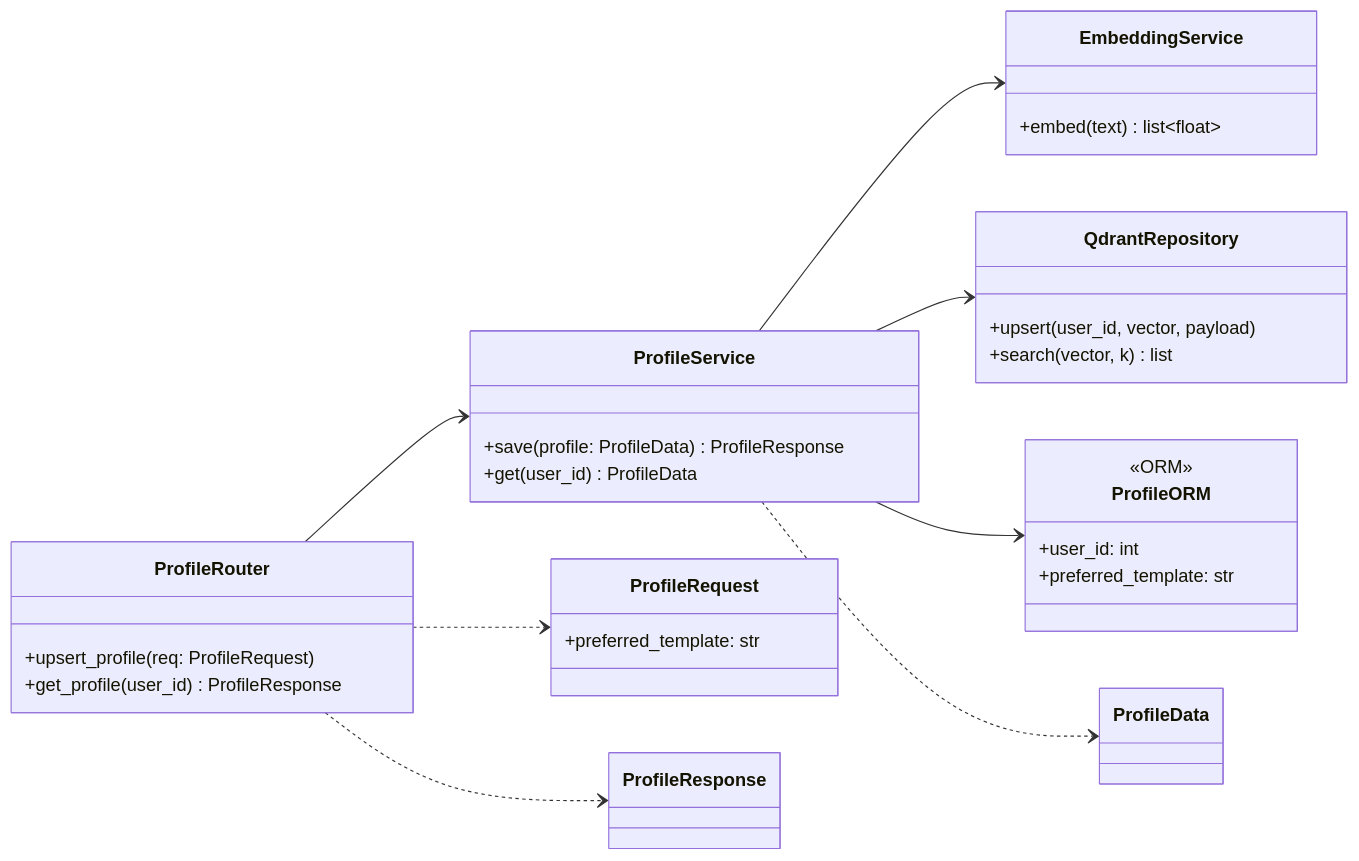
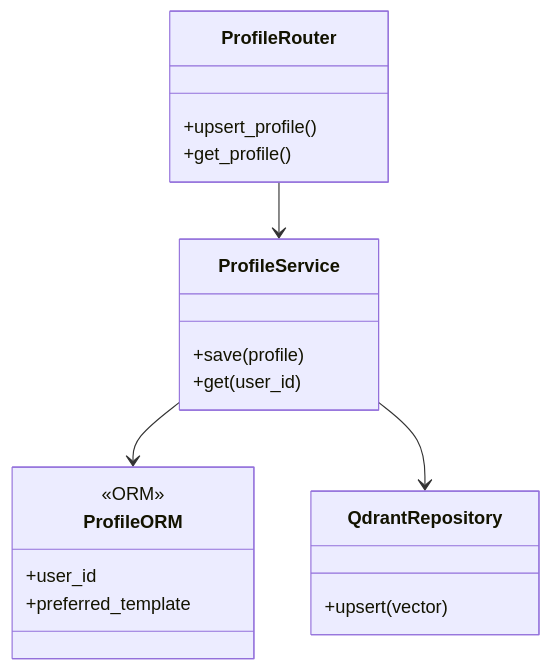
One commit to Tooltu-deve/Autonomous-Career-Agent changed the fourth of 9 diagrams in docs/CLASS_DIAGRAM.md. Above: the diagram before and after it, drawn with Mermaid. The commit also changed other lines of this file, not shown here.

Commit message:
docs: simplify class diagrams to core classes per component

````diff
--- a/docs/CLASS_DIAGRAM.md
+++ b/docs/CLASS_DIAGRAM.md
@@ -175,36 +109,22 @@
 ```mermaid
 classDiagram
-    direction LR
     class ProfileRouter {
-        +upsert_profile(req: ProfileRequest)
-        +get_profile(user_id) ProfileResponse
+        +upsert_profile()
+        +get_profile()
     }
     class ProfileService {
-        +save(profile: ProfileData) ProfileResponse
-        +get(user_id) ProfileData
-    }
-    class EmbeddingService {
-        +embed(text) list~float~
-    }
-    class QdrantRepository {
-        +upsert(user_id, vector, payload)
-        +search(vector, k) list
+        +save(profile)
+        +get(user_id)
     }
     class ProfileORM {
         <<ORM>>
-        +user_id: int
-        +preferred_template: str
+        +user_id
+        +preferred_template
     }
-    class ProfileRequest {
-        +preferred_template: str
+    class QdrantRepository {
+        +upsert(vector)
     }
-    class ProfileResponse
-
     ProfileRouter --> ProfileService
-    ProfileService --> EmbeddingService
+    ProfileService --> ProfileORM
     ProfileService --> QdrantRepository
-    ProfileService --> ProfileORM
-    ProfileService ..> ProfileData
-    ProfileRouter ..> ProfileRequest
-    ProfileRouter ..> ProfileResponse
 ```
````
